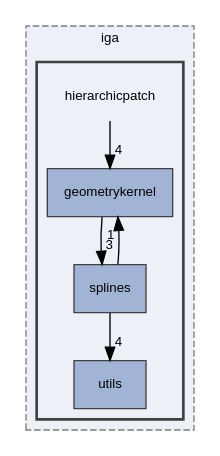
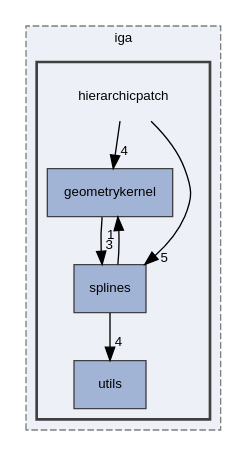
Before and after one commit to rath3t/dune-iga-doc: the diagram in dir_12fc9e68aad46ae2d80ba50ef1c96d76_dep.dot, drawn with Graphviz. The commit also changed 602 other files, not shown here.

```diff
--- a/dir_12fc9e68aad46ae2d80ba50ef1c96d76_dep.dot
+++ b/dir_12fc9e68aad46ae2d80ba50ef1c96d76_dep.dot
@@ -1,21 +1,22 @@
 digraph "hierarchicpatch"
 {
  // LATEX_PDF_SIZE
   edge [fontname="Helvetica",fontsize="10",labelfontname="Helvetica",labelfontsize="10"];
   node [fontname="Helvetica",fontsize="10",shape=record];
   compound=true
   subgraph clusterdir_d2a3c23294a1b1015b1b8e8721ddded8 {
     graph [ bgcolor="#edf0f7", pencolor="grey50", style="filled,dashed,", label="iga", fontname="Helvetica", fontsize="10", URL="dir_d2a3c23294a1b1015b1b8e8721ddded8.html"]
   subgraph clusterdir_12fc9e68aad46ae2d80ba50ef1c96d76 {
     graph [ bgcolor="#edf0f7", pencolor="grey25", style="filled,bold,", label="", fontname="Helvetica", fontsize="10", URL="dir_12fc9e68aad46ae2d80ba50ef1c96d76.html"]
     dir_12fc9e68aad46ae2d80ba50ef1c96d76 [shape=plaintext, label="hierarchicpatch"];
   dir_dd59cf058be4b87402b3a744c5ea20b5 [shape=box, label="geometrykernel", style="filled,", fillcolor="#a2b4d6", color="grey25", URL="dir_dd59cf058be4b87402b3a744c5ea20b5.html"];
   dir_db7a8382cbcdbcaaeb9c3dd2ed6d6157 [shape=box, label="splines", style="filled,", fillcolor="#a2b4d6", color="grey25", URL="dir_db7a8382cbcdbcaaeb9c3dd2ed6d6157.html"];
   dir_29e36e3869dd8211c6d429092de827ad [shape=box, label="utils", style="filled,", fillcolor="#a2b4d6", color="grey25", URL="dir_29e36e3869dd8211c6d429092de827ad.html"];
   }
   }
+  dir_12fc9e68aad46ae2d80ba50ef1c96d76->dir_db7a8382cbcdbcaaeb9c3dd2ed6d6157 [headlabel="5", labeldistance=1.5 headhref="dir_000004_000010.html"];
   dir_12fc9e68aad46ae2d80ba50ef1c96d76->dir_dd59cf058be4b87402b3a744c5ea20b5 [headlabel="4", labeldistance=1.5 headhref="dir_000004_000003.html"];
   dir_dd59cf058be4b87402b3a744c5ea20b5->dir_db7a8382cbcdbcaaeb9c3dd2ed6d6157 [headlabel="3", labeldistance=1.5 headhref="dir_000003_000010.html"];
   dir_db7a8382cbcdbcaaeb9c3dd2ed6d6157->dir_29e36e3869dd8211c6d429092de827ad [headlabel="4", labeldistance=1.5 headhref="dir_000010_000012.html"];
   dir_db7a8382cbcdbcaaeb9c3dd2ed6d6157->dir_dd59cf058be4b87402b3a744c5ea20b5 [headlabel="1", labeldistance=1.5 headhref="dir_000010_000003.html"];
 }
```
